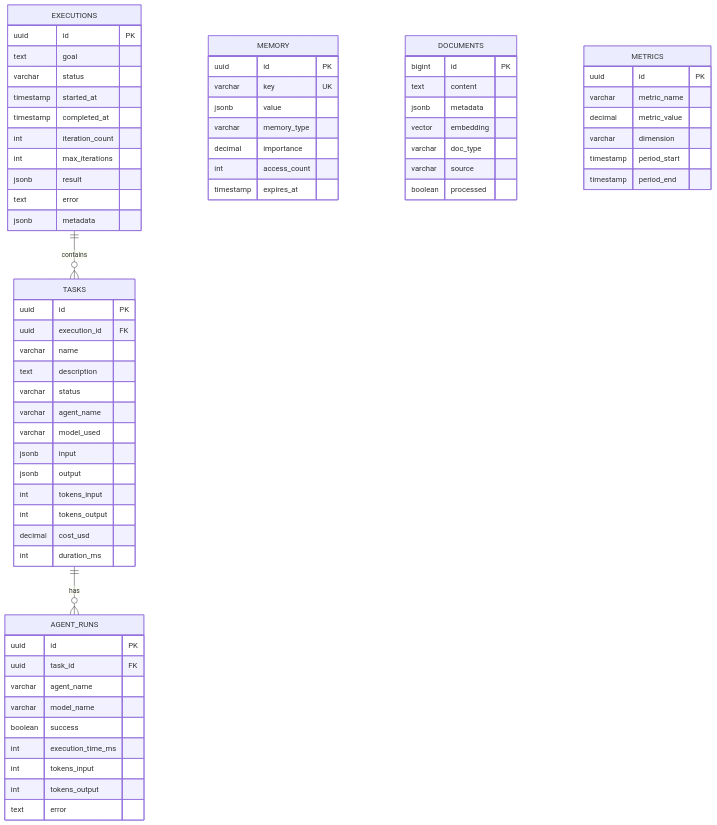
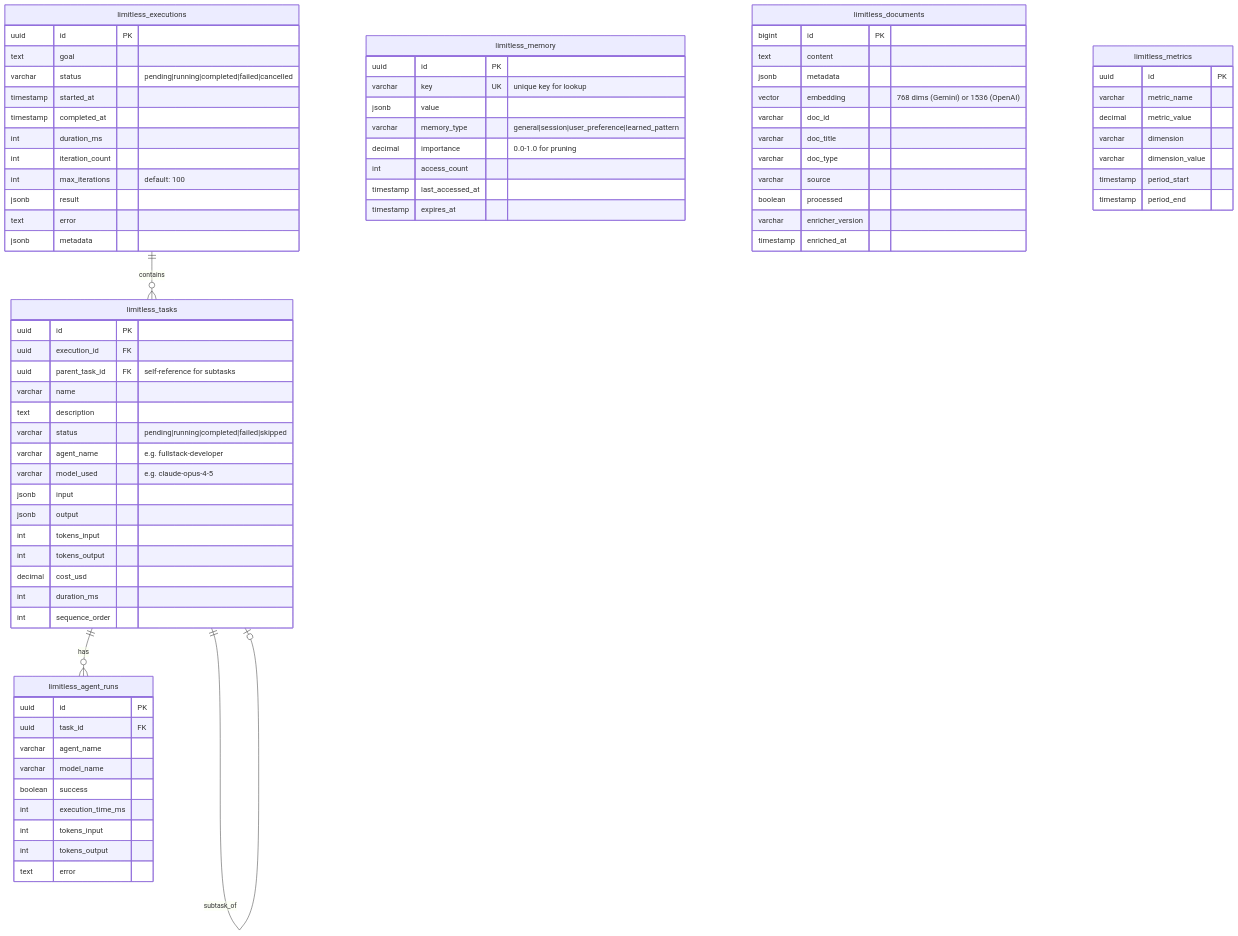
Before and after one commit to matheusallvarenga/LimitlessAgent: the fourth of 7 diagrams in docs/diagrams/architecture.md, drawn with Mermaid. The commit also changed 6 other files, not shown here.

````diff
--- a/docs/diagrams/architecture.md
+++ b/docs/diagrams/architecture.md
@@ -172,37 +172,41 @@
 ```mermaid
 erDiagram
-    EXECUTIONS ||--o{ TASKS : contains
-    EXECUTIONS {
+    limitless_executions ||--o{ limitless_tasks : contains
+    limitless_executions {
         uuid id PK
         text goal
-        varchar status
+        varchar status "pending|running|completed|failed|cancelled"
         timestamp started_at
         timestamp completed_at
+        int duration_ms
         int iteration_count
-        int max_iterations
+        int max_iterations "default: 100"
         jsonb result
         text error
         jsonb metadata
     }
 
-    TASKS ||--o{ AGENT_RUNS : has
-    TASKS {
+    limitless_tasks ||--o{ limitless_agent_runs : has
+    limitless_tasks ||--o| limitless_tasks : subtask_of
+    limitless_tasks {
         uuid id PK
         uuid execution_id FK
+        uuid parent_task_id FK "self-reference for subtasks"
         varchar name
         text description
-        varchar status
-        varchar agent_name
-        varchar model_used
+        varchar status "pending|running|completed|failed|skipped"
+        varchar agent_name "e.g. fullstack-developer"
+        varchar model_used "e.g. claude-opus-4-5"
         jsonb input
         jsonb output
         int tokens_input
         int tokens_output
         decimal cost_usd
         int duration_ms
+        int sequence_order
     }
 
-    AGENT_RUNS {
+    limitless_agent_runs {
         uuid id PK
         uuid task_id FK
         varchar agent_name
@@ -214,31 +218,37 @@
         text error
     }
 
-    MEMORY {
+    limitless_memory {
         uuid id PK
-        varchar key UK
+        varchar key UK "unique key for lookup"
         jsonb value
-        varchar memory_type
-        decimal importance
+        varchar memory_type "general|session|user_preference|learned_pattern"
+        decimal importance "0.0-1.0 for pruning"
         int access_count
+        timestamp last_accessed_at
         timestamp expires_at
     }
 
-    DOCUMENTS {
+    limitless_documents {
         bigint id PK
         text content
         jsonb metadata
-        vector embedding
+        vector embedding "768 dims (Gemini) or 1536 (OpenAI)"
+        varchar doc_id
+        varchar doc_title
         varchar doc_type
         varchar source
         boolean processed
+        varchar enricher_version
+        timestamp enriched_at
     }
 
-    METRICS {
+    limitless_metrics {
         uuid id PK
         varchar metric_name
         decimal metric_value
         varchar dimension
+        varchar dimension_value
         timestamp period_start
         timestamp period_end
     }
````
